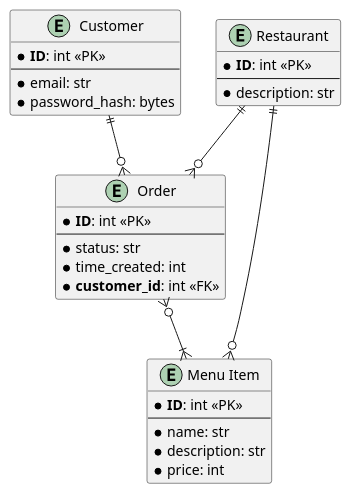
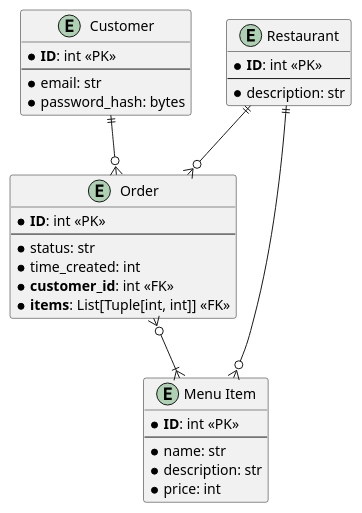
Before and after one commit to petbab/PB175: the diagram in docs/ERD/entity_relationship_diagram.puml, drawn with PlantUML. The commit also changed 3 other files, not shown here.

```diff
--- a/docs/ERD/entity_relationship_diagram.puml
+++ b/docs/ERD/entity_relationship_diagram.puml
@@ -1,37 +1,38 @@
 @startuml
 
 entity menu_item as "Menu Item" {
     * **ID**: int <<PK>>
     --
     * name: str
     * description: str
     * price: int
 }
 
 entity customer as "Customer" {
     * **ID**: int <<PK>>
     --
     * email: str
     * password_hash: bytes
 }
 
 entity order as "Order" {
     * **ID**: int <<PK>>
     --
     * status: str
     * time_created: int
     * **customer_id**: int <<FK>>
+    * **items**: List[Tuple[int, int]] <<FK>>
 }
 
 entity restaurant as "Restaurant" {
     * **ID**: int <<PK>>
     --
     * description: str
 }
 
 order }o--|{ menu_item
 customer ||--o{ order
 restaurant ||--o{ order
 restaurant ||--o{ menu_item
 
 @enduml
```
